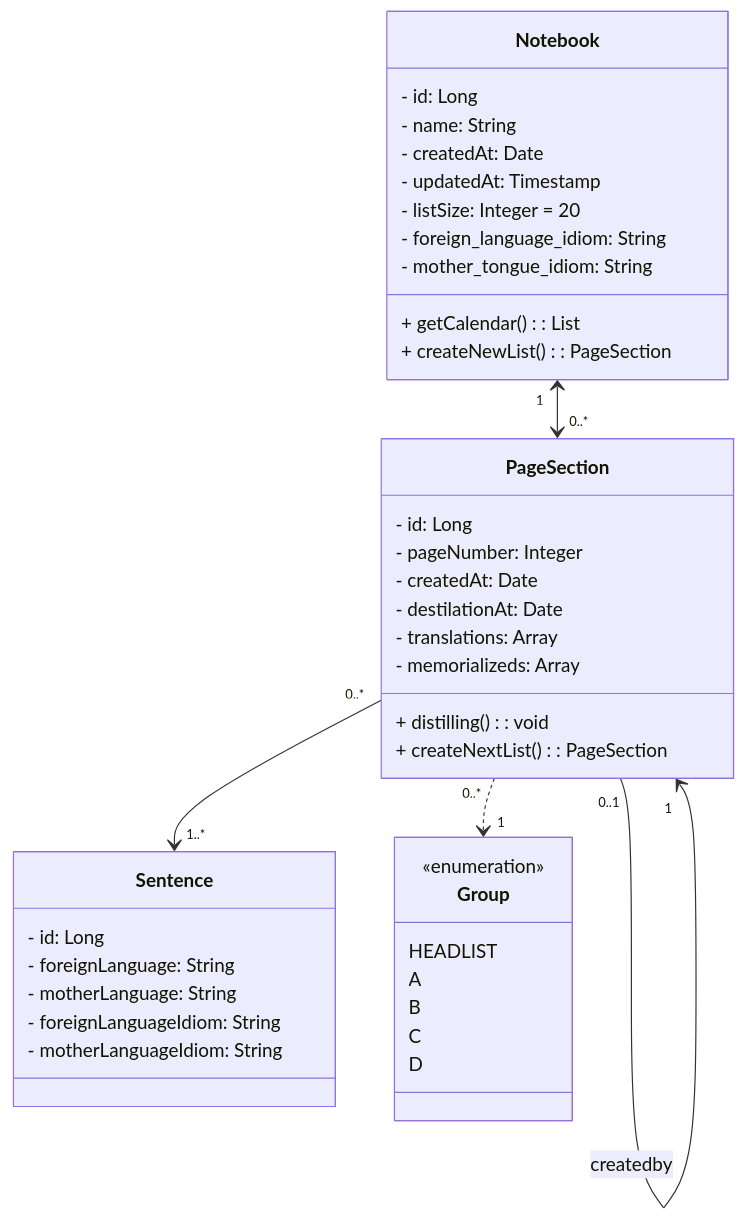
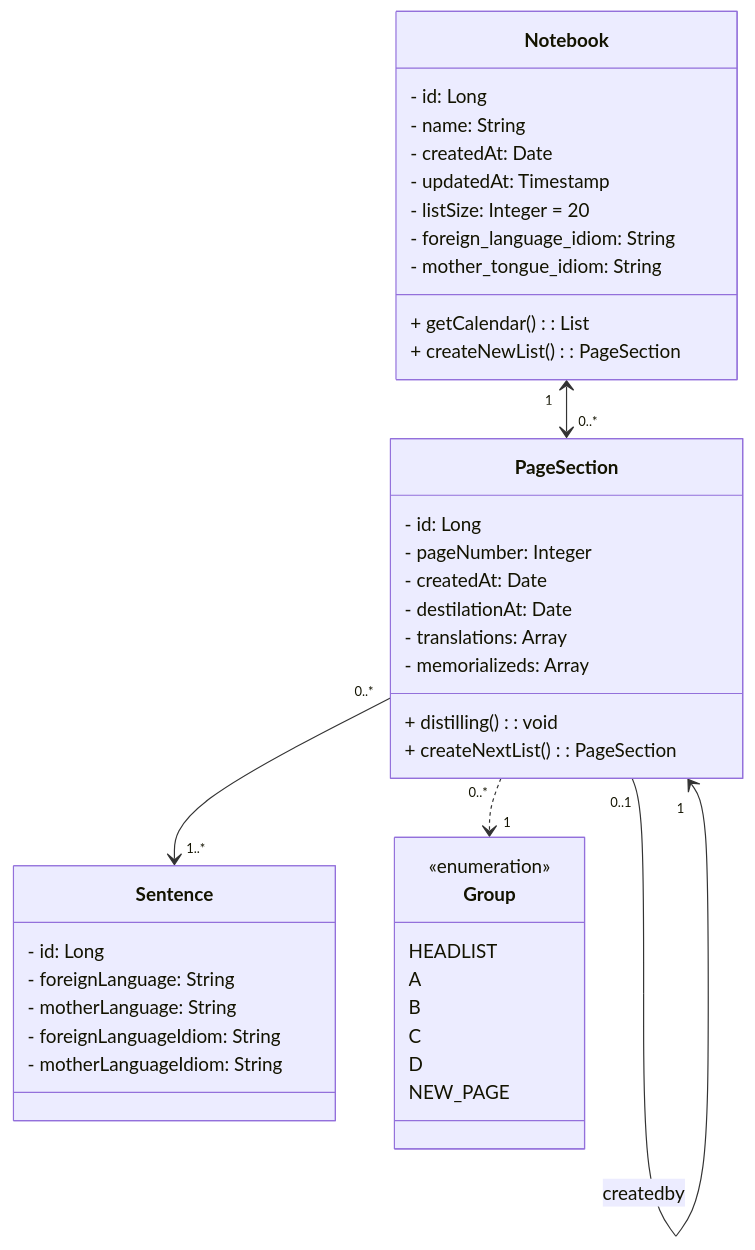
One commit to microrepar/gold-list-method changed the diagram in .documentation/ClassDiagramGoldList.md. Above: the diagram before and after it, drawn with Mermaid. The commit also changed 5 other files, not shown here.

````diff
--- a/.documentation/ClassDiagramGoldList.md
+++ b/.documentation/ClassDiagramGoldList.md
@@ -1,48 +1,49 @@
 ```mermaid
     classDiagram
         class Notebook {
             - id: Long
             - name: String
             - createdAt: Date
             - updatedAt: Timestamp
             - listSize: Integer = 20
             - foreign_language_idiom: String
             - mother_tongue_idiom: String
 
             + getCalendar(): List<Date>
             + createNewList(): PageSection
         }        
 
         class PageSection {
             - id: Long
             - pageNumber: Integer
             - createdAt: Date
             - destilationAt: Date
             - translations: Array<String>
             - memorializeds: Array<Boolean>
             + distilling(): void
             + createNextList(): PageSection
         }
 
         class Sentence {
             - id: Long
             - foreignLanguage: String
             - motherLanguage: String
             - foreignLanguageIdiom: String      
             - motherLanguageIdiom: String      
         }
 
         class Group {
             <<enumeration>>
             HEADLIST
             A
             B
             C
             D
+            NEW_PAGE
         }
     
         Notebook "1" <--> "0..*" PageSection
         PageSection "0..1" --> "1" PageSection: createdby
         PageSection "0..*" --> "1..*" Sentence
         PageSection "0..*" ..> "1" Group
 ```
````
